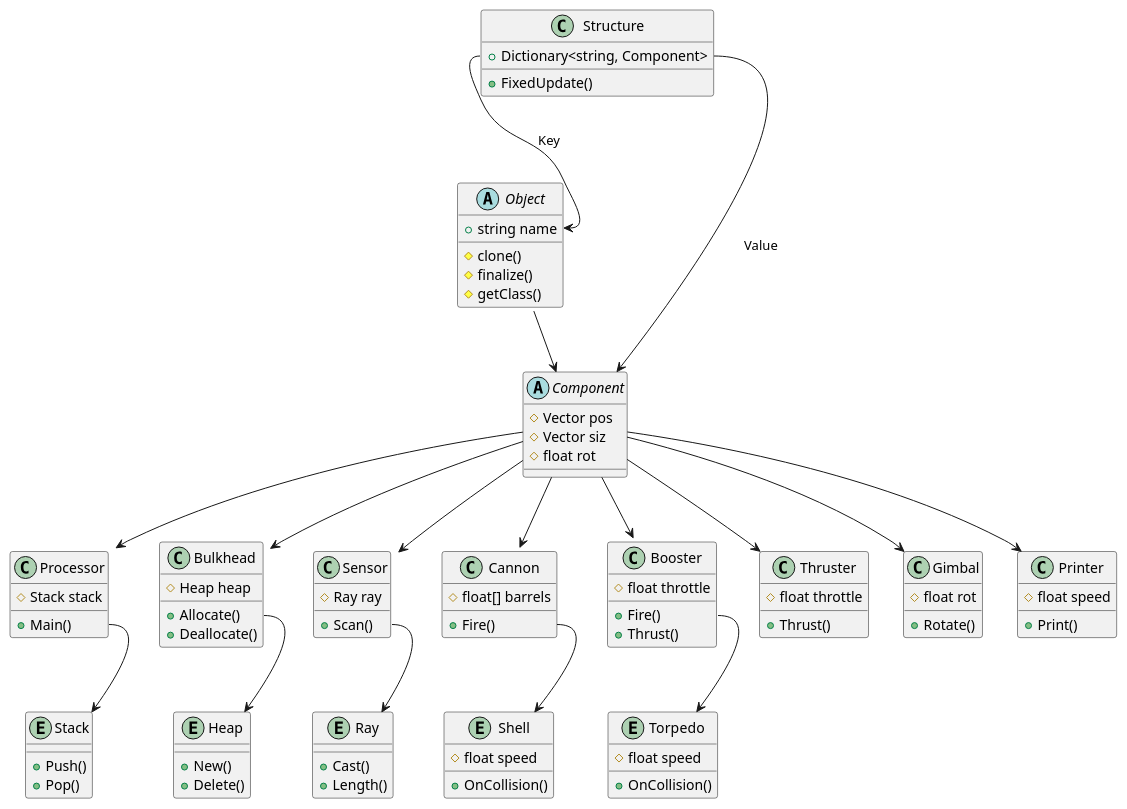
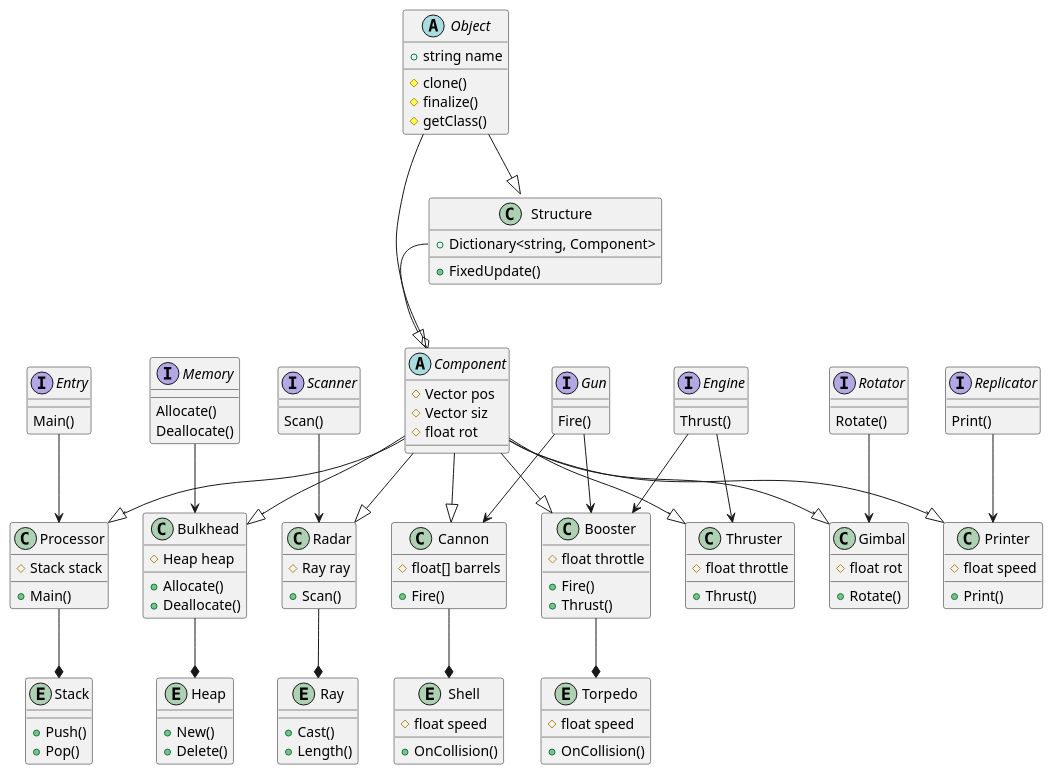
One commit to bitnaughts/.github changed the diagram in profile/component.plantuml. Above: the diagram before and after it, drawn with PlantUML.

```diff
--- a/profile/component.plantuml
+++ b/profile/component.plantuml
@@ -1,106 +1,145 @@
 @startuml
 
-skinparam linetype poly
-class Structure {
-+Dictionary<string, Component>
-+FixedUpdate()
-}
 
 abstract class Object {
 +string name
 #clone()
 #finalize()
 #getClass()
 }
 
+class Structure {
++Dictionary<string, Component>
++FixedUpdate()
+}
+
 abstract class Component {
 #Vector pos
 #Vector siz
 #float rot
+}
+
+interface Entry {
+Main()
 }
 
 class Processor {
 #Stack stack
 +Main()
 }
 
 entity Stack{
 +Push()
 +Pop()
 }
 
+interface Memory {
+Allocate()
+Deallocate()
+}
+
 class Bulkhead {
 #Heap heap
 +Allocate()
 +Deallocate()
 }
 
-
 entity Heap {
 +New()
 +Delete()
 }
 
-class Sensor {
+
+interface Scanner {
+Scan()
+}
+
+class Radar {
 #Ray ray
 +Scan()
 }
 
 entity Ray {
 +Cast()
 +Length()
+}
+
+interface Gun {
+Fire()
 }
 
 class Cannon {
 #float[] barrels
 +Fire()
 }
 
 entity Shell {
 #float speed
 +OnCollision()
+}
+
+
+interface Engine {
+Thrust()
 }
 
 class Booster {
 #float throttle
 + Fire()
 + Thrust()
 }
 
 entity Torpedo{
 #float speed
 +OnCollision()
 }
 
 class Thruster {
 #float throttle
 +Thrust()
 }
 
+interface Rotator {
+Rotate()
+}
+
 class Gimbal {
 #float rot
 +Rotate()
+}
+
+interface Replicator {
+Print()
 }
 
 class Printer {
 #float speed
 +Print()
 }
 
-Structure::Dictionary --> Component : Value
-Structure::Dictionary --> Object::name : Key
-Object --> Component
-Component --> Booster
-Component --> Thruster
-Component --> Bulkhead
-Bulkhead::Allocate --> Heap
-Component --> Gimbal
-Component --> Processor
-Processor::Main --> Stack
-Component --> Sensor
-Sensor::Scan --> Ray
-Component --> Cannon
-Cannon::Fire --> Shell 
-Booster::Fire --> Torpedo
-Component --> Printer
+Structure::Dictionary --o Component
+Object --|> Component
+Object --|> Structure
+Engine --> Booster
+Engine --> Thruster
+Component --|> Booster
+Component --|> Thruster
+Component --|> Bulkhead
+Memory --> Bulkhead
+Bulkhead --* Heap
+Rotator --> Gimbal
+Component --|> Gimbal
+Component --|> Processor
+Entry --> Processor
+Processor --* Stack
+Scanner --> Radar
+Component --|> Radar
+Radar --* Ray
+Gun --> Cannon
+Gun --> Booster
+Component --|> Cannon
+Cannon --* Shell
+Booster --* Torpedo
+Replicator --> Printer
+Component --|> Printer
 @enduml
```
